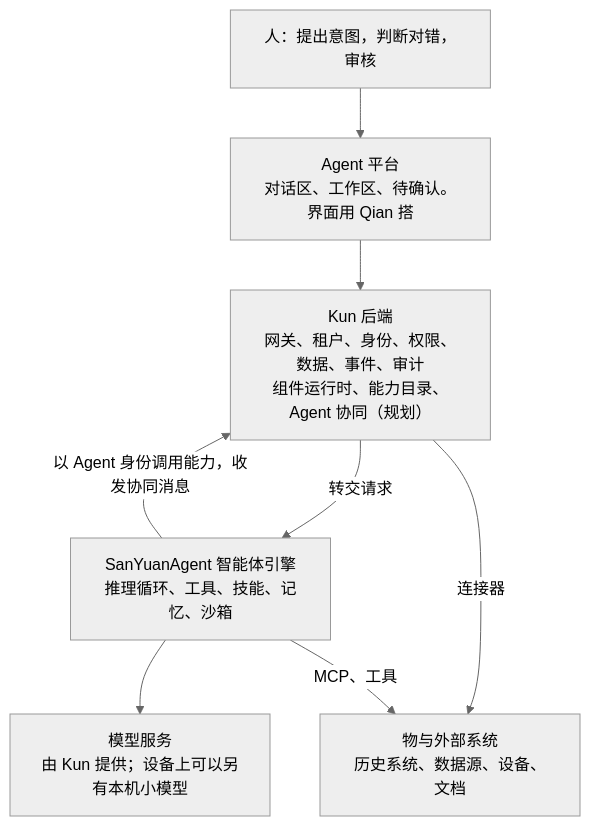
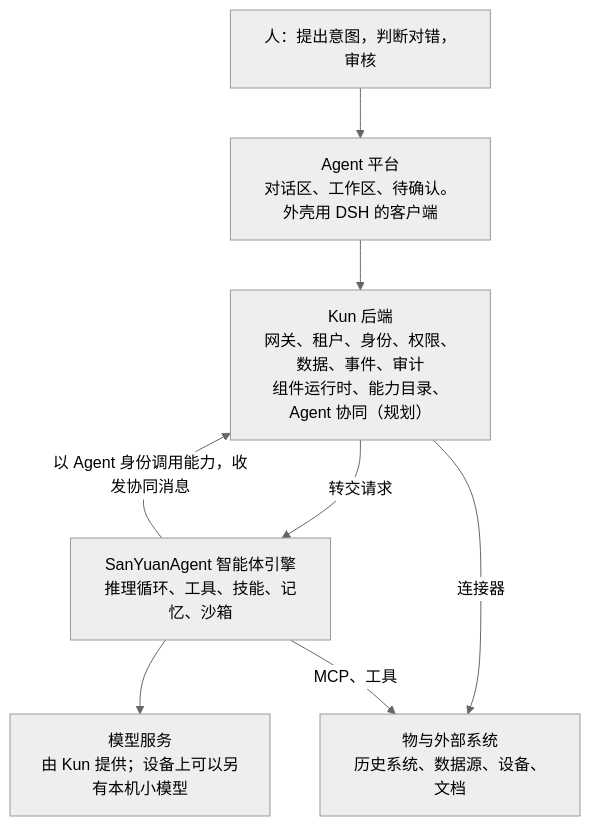
Before and after one commit to CavaiLAB/jiangxin: the diagram in README.md, drawn with Mermaid (neutral theme). The commit also changed other lines of this file and 8 other files, not shown here.

````diff
--- a/README.md
+++ b/README.md
@@ -64,17 +80,17 @@
 ```mermaid
 flowchart TB
   P["人：提出意图，判断对错，审核"]
-  Q["Agent 平台<br/>对话区、工作区、待确认。界面用 Qian 搭"]
+  Q["Agent 平台<br/>对话区、工作区、待确认。外壳用 DSH 的客户端"]
   K["Kun 后端<br/>网关、租户、身份、权限、数据、事件、审计<br/>组件运行时、能力目录、Agent 协同（规划）"]
   S["SanYuanAgent 智能体引擎<br/>推理循环、工具、技能、记忆、沙箱"]
   M["模型服务<br/>由 Kun 提供；设备上可以另有本机小模型"]
   E["物与外部系统<br/>历史系统、数据源、设备、文档"]
 
   P --> Q
   Q --> K
   K -->|"转交请求"| S
   S -->|"以 Agent 身份调用能力，收发协同消息"| K
   S --> M
   K -->|"连接器"| E
   S -->|"MCP、工具"| E
 ```
````
